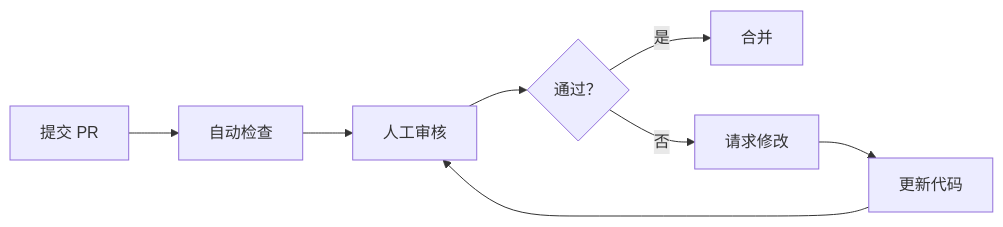
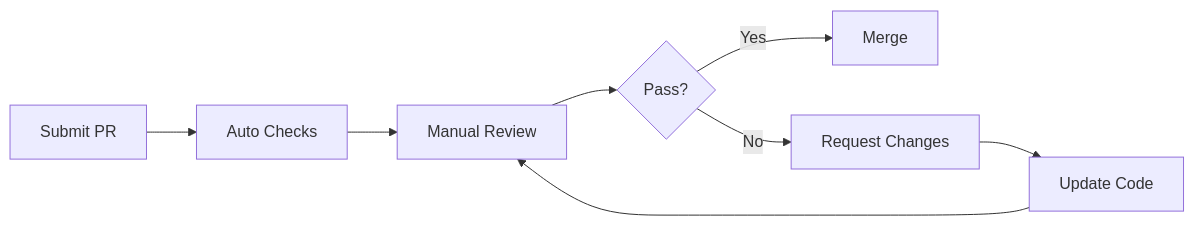
Before and after one commit to DDR187/cursor-howto: the second of 2 diagrams in CONTRIBUTING.md, drawn with Mermaid. The commit also changed other lines of this file and 5 other files, not shown here.

````diff
--- a/CONTRIBUTING.md
+++ b/CONTRIBUTING.md
@@ -317,10 +317,10 @@
 ```mermaid
 flowchart LR
-    A[提交 PR] --> B[自动检查]
-    B --> C[人工审核]
-    C --> D{通过？}
-    D -->|是| E[合并]
-    D -->|否| F[请求修改]
-    F --> G[更新代码]
+    A[Submit PR] --> B[Auto Checks]
+    B --> C[Manual Review]
+    C --> D{Pass?}
+    D -->|Yes| E[Merge]
+    D -->|No| F[Request Changes]
+    F --> G[Update Code]
     G --> C
 ```
````
